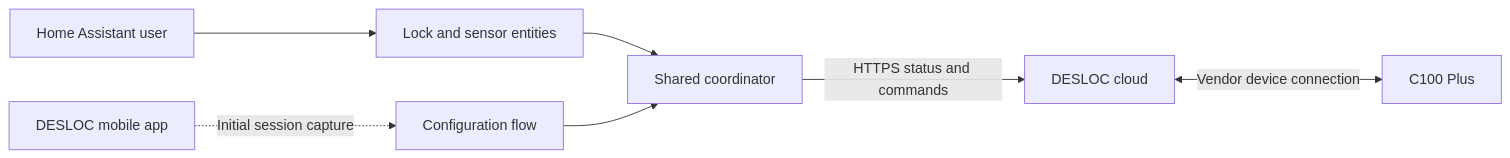
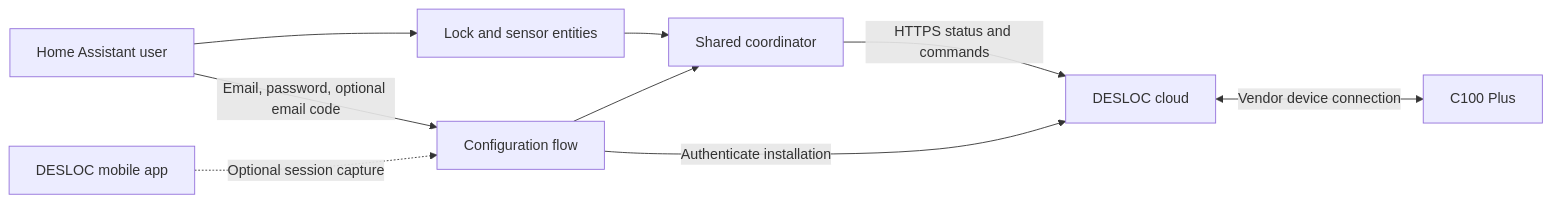
The diagram in README.md (ha-homelab/ha-desloc), drawn with Mermaid before and after one commit. The commit also changed other lines of this file and 15 other files, not shown here.

````diff
--- a/README.md
+++ b/README.md
@@ -36,9 +41,11 @@
 ```mermaid
 flowchart LR
     User[Home Assistant user] --> Entities[Lock and sensor entities]
     Entities --> Coordinator[Shared coordinator]
     Coordinator -->|HTTPS status and commands| Cloud[DESLOC cloud]
     Cloud <-->|Vendor device connection| Lock[C100 Plus]
-    App[DESLOC mobile app] -.->|Initial session capture| Setup[Configuration flow]
+    User -->|Email, password, optional email code| Setup[Configuration flow]
+    App[DESLOC mobile app] -.->|Optional session capture| Setup
+    Setup -->|Authenticate installation| Cloud
     Setup --> Coordinator
 ```
````
